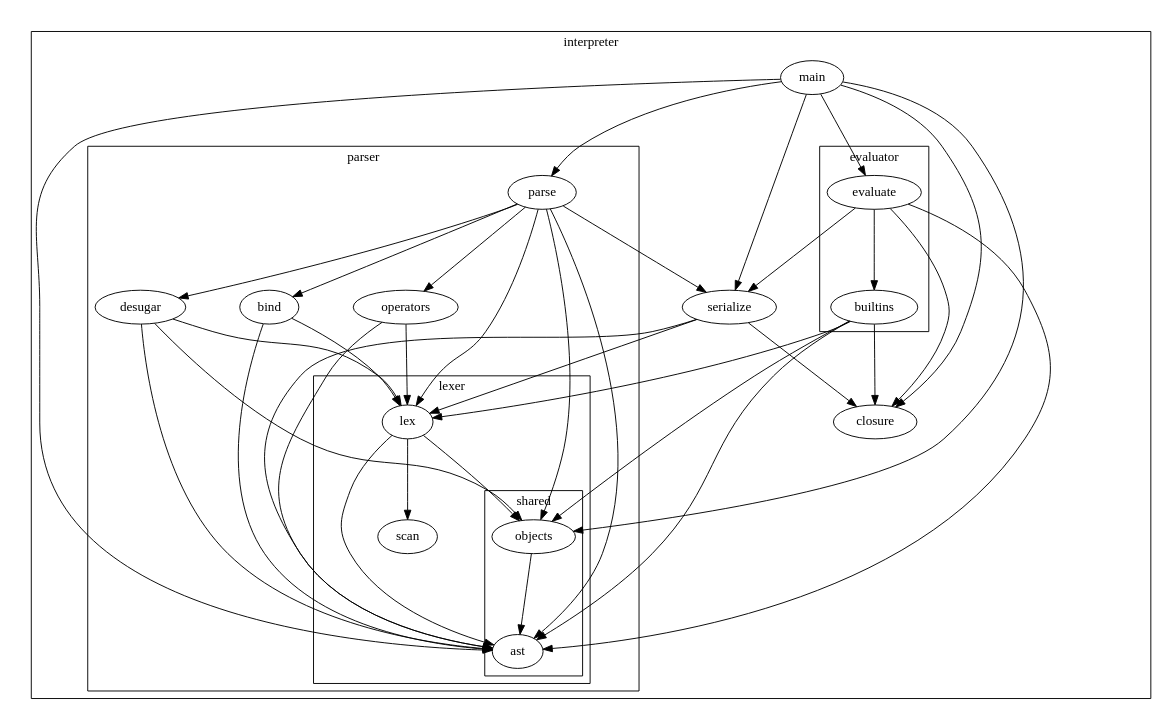
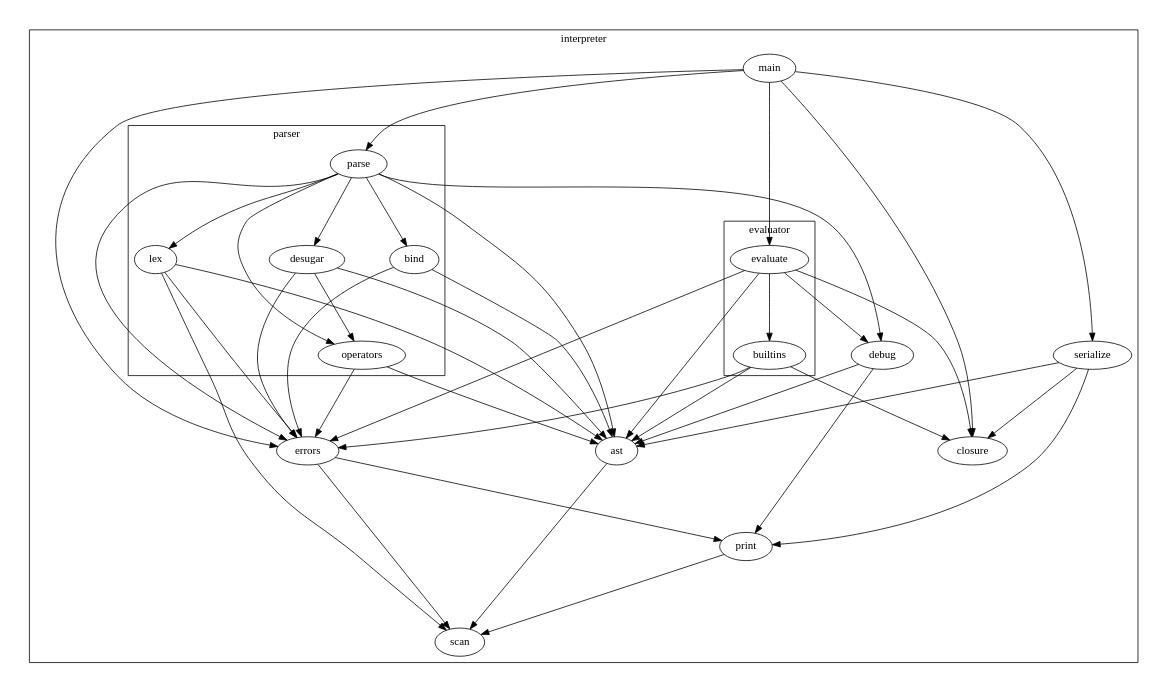
Before and after one commit to clark800/lambda-zero: the diagram in doc/architecture.dot, drawn with Graphviz. The commit also changed 41 other files, not shown here.

```diff
--- a/doc/architecture.dot
+++ b/doc/architecture.dot
@@ -1,83 +1,87 @@
 // to build this diagram, install graphviz and run the following command:
 // dot -o architecture.pdf -T pdf architecture.dot
 // note: ordering=out seems to be not working due to a bug in graphviz
 digraph graphname {
     size=6;
     ranksep=1.2;
     nodesep=0.8;
-    mclimit=2;
+    mclimit=100;
 
     subgraph cluster_interpreter {
         label="interpreter";
         subgraph cluster_parser {
             label="parser";
             desugar;
             bind;
             operators;
             parse;
-            subgraph cluster_lexer {
-                label="lexer";
-                scan;
-                lex;
-                subgraph cluster_shared {
-                    label="shared";
-                    objects;
-                    ast;
-                }
-            }
+            lex;
         }
+        debug;
+        scan;
+        ast;
+        serialize;
+        print;
+        errors;
+        closure;
         main;
-        serialize;
-        closure;
         subgraph cluster_evaluator {
             label="evaluator";
             evaluate;
             builtins;
         }
     }
 
-    objects -> ast;
+    ast -> scan;
 
-    bind -> ast;
-    bind -> lex;
+    print -> scan;
 
-    builtins -> ast;
-    builtins -> objects;
-    builtins -> lex;
-    builtins -> closure;
+    errors -> scan;
+    errors -> print;
 
-    desugar -> ast;
-    desugar -> lex;
-    desugar -> objects;
+    debug -> ast;
+    debug -> print;
 
-    evaluate -> ast;
-    evaluate -> serialize;
-    evaluate -> builtins;
-    evaluate -> closure;
+    serialize -> ast;
+    serialize -> print;
+    serialize -> closure;
 
     lex -> scan;
     lex -> ast;
-    lex -> objects;
+    lex -> errors;
 
-    serialize -> closure;
-    serialize -> ast;
-    serialize -> lex;
+    bind -> ast;
+    bind -> errors;
+
+    desugar -> ast;
+    desugar -> errors;
+    desugar -> operators;
+
+    operators -> ast;
+    operators -> errors;
+
+    parse -> ast;
+    parse -> errors;
+    parse -> lex;
+    parse -> operators;
+    parse -> desugar;
+    parse -> bind;
+    parse -> debug;
+
+    builtins -> ast;
+    builtins -> errors;
+    builtins -> closure;
+
+    evaluate -> ast;
+    evaluate -> errors;
+    evaluate -> debug;
+    evaluate -> closure;
+    evaluate -> builtins;
 
     main -> parse;
     main -> evaluate;
     main -> serialize;
-    main -> objects;
+    main -> errors;
     main -> closure;
-    main -> ast;
 
-    operators -> ast;
-    operators -> lex;
-
-    parse -> lex;
-    parse -> operators;
-    parse -> objects;
-    parse -> desugar;
-    parse -> bind;
-    parse -> serialize;
-    parse -> ast;
 }
```
